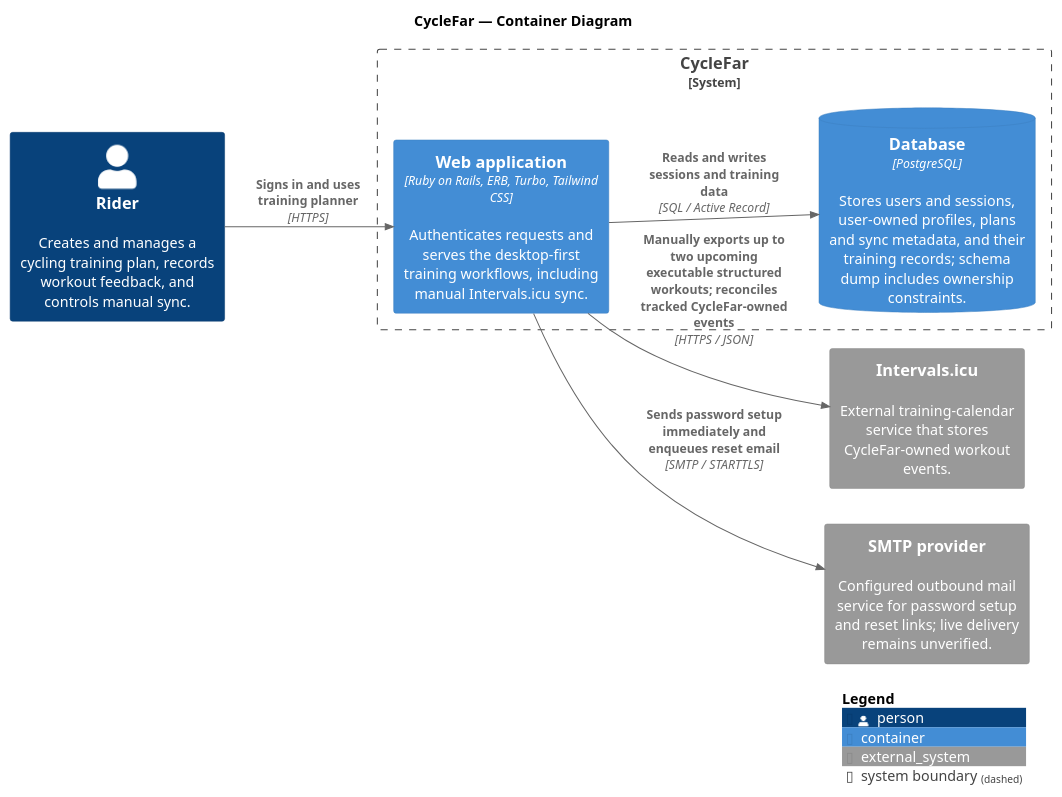
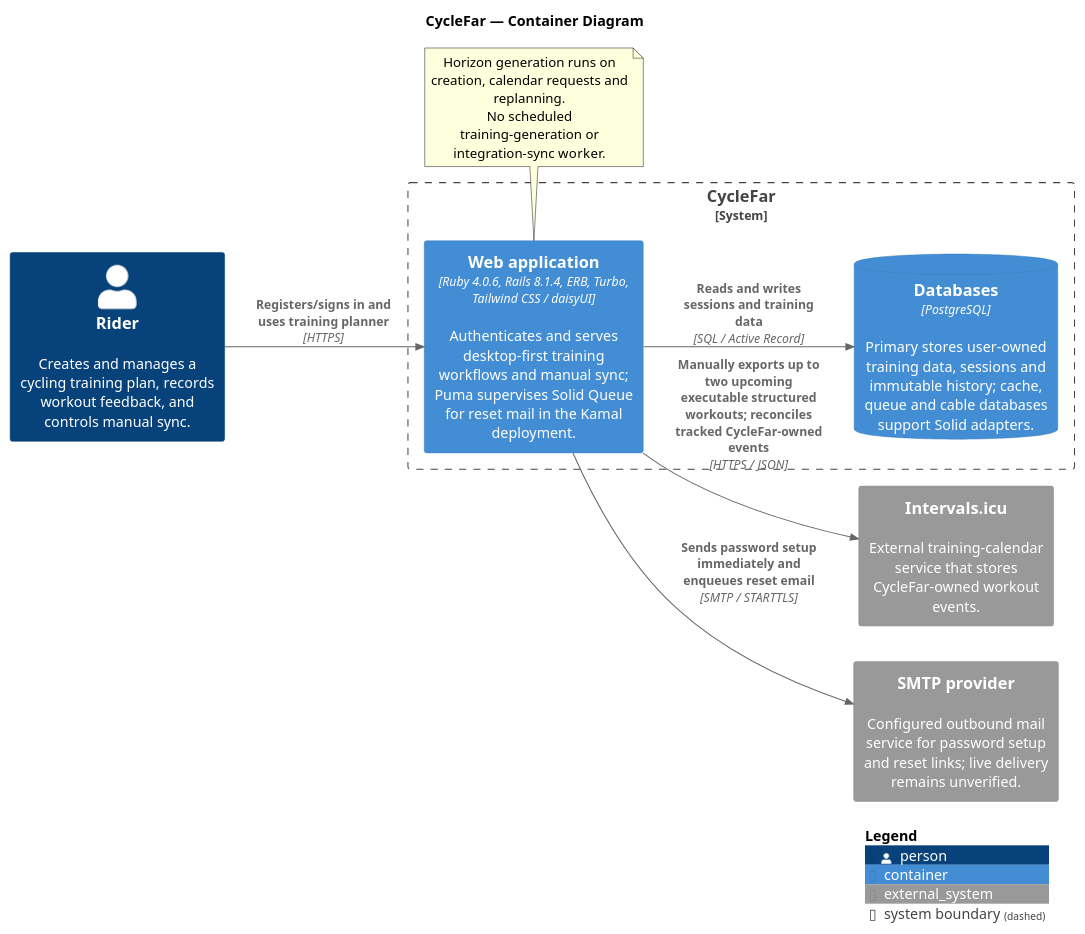
One commit to richardhartme/cyclefar changed the diagram in docs/diagrams/cyclefar-container.puml. Above: the diagram before and after it, drawn with PlantUML. The commit also changed 19 other files, not shown here.

Commit message:
Refresh documentation and architecture diagrams for current implementation

```diff
--- a/docs/diagrams/cyclefar-container.puml
+++ b/docs/diagrams/cyclefar-container.puml
@@ -1,25 +1,30 @@
 @startuml CycleFar Container Diagram
 ' Scope and limitations: README.md
 !include https://raw.githubusercontent.com/plantuml-stdlib/C4-PlantUML/master/C4_Container.puml
 
 title CycleFar — Container Diagram
 
 LAYOUT_LEFT_RIGHT()
 
 Person(rider, "Rider", "Creates and manages a cycling training plan, records workout feedback, and controls manual sync.")
 
 System_Boundary(cyclefar_boundary, "CycleFar") {
-  Container(web_application, "Web application", "Ruby on Rails, ERB, Turbo, Tailwind CSS", "Authenticates requests and serves the desktop-first training workflows, including manual Intervals.icu sync.")
-  ContainerDb(database, "Database", "PostgreSQL", "Stores users and sessions, user-owned profiles, plans and sync metadata, and their training records; schema dump includes ownership constraints.")
+  Container(web_application, "Web application", "Ruby 4.0.6, Rails 8.1.4, ERB, Turbo, Tailwind CSS / daisyUI", "Authenticates and serves desktop-first training workflows and manual sync; Puma supervises Solid Queue for reset mail in the Kamal deployment.")
+  ContainerDb(database, "Databases", "PostgreSQL", "Primary stores user-owned training data, sessions and immutable history; cache, queue and cable databases support Solid adapters.")
 }
 
 System_Ext(intervals_icu, "Intervals.icu", "External training-calendar service that stores CycleFar-owned workout events.")
 System_Ext(smtp, "SMTP provider", "Configured outbound mail service for password setup and reset links; live delivery remains unverified.")
 
-Rel(rider, web_application, "Signs in and uses training planner", "HTTPS")
+Rel(rider, web_application, "Registers/signs in and uses training planner", "HTTPS")
 Rel(web_application, database, "Reads and writes sessions and training data", "SQL / Active Record")
 Rel(web_application, intervals_icu, "Manually exports up to two upcoming executable structured workouts; reconciles tracked CycleFar-owned events", "HTTPS / JSON")
 Rel(web_application, smtp, "Sends password setup immediately and enqueues reset email", "SMTP / STARTTLS")
 
+note bottom of web_application
+  Horizon generation runs on creation, calendar requests and replanning.
+  No scheduled training-generation or integration-sync worker.
+end note
+
 SHOW_LEGEND()
 @enduml
```
